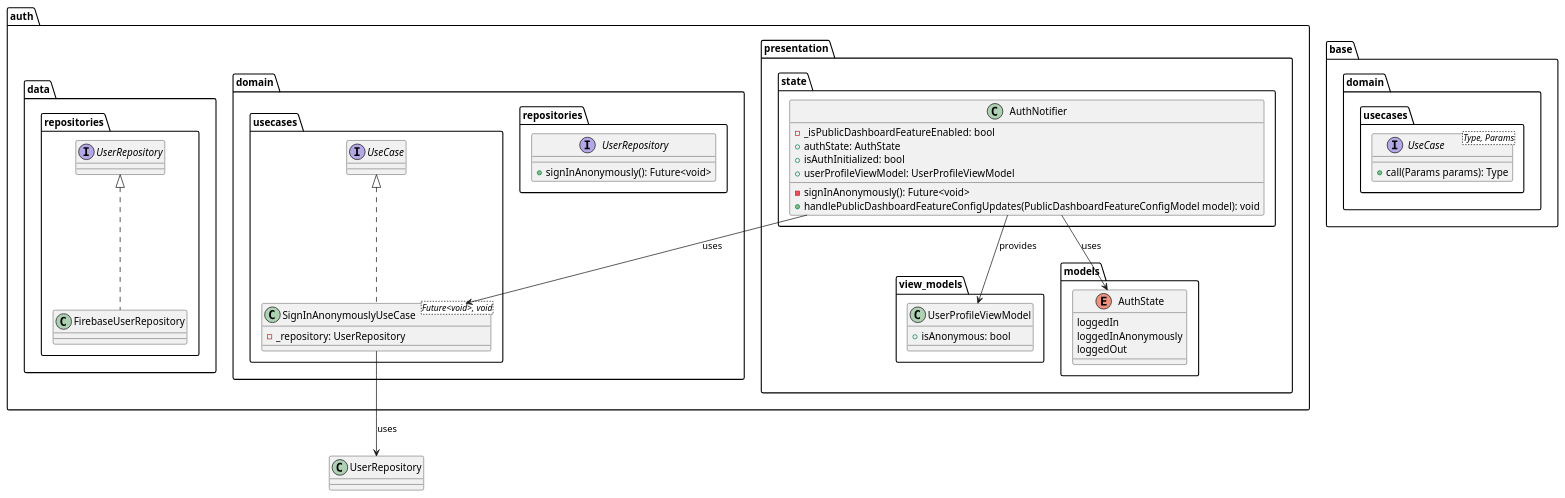
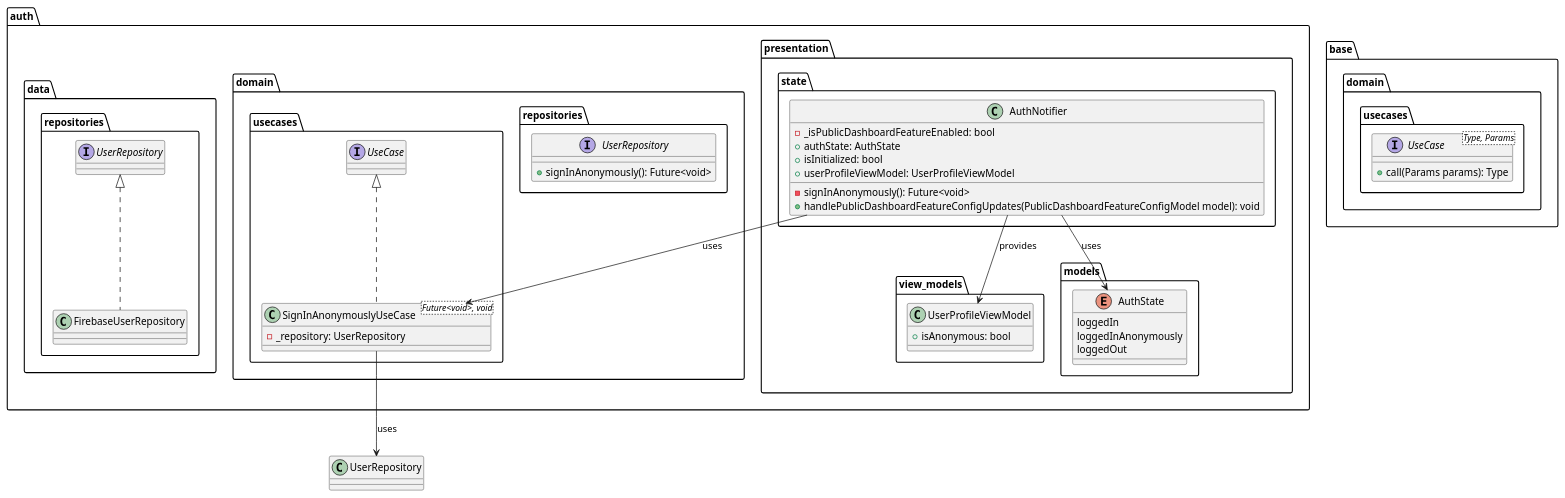
Before and after one commit to Flank/flank-dashboard: the diagram in metrics/web/docs/features/public_dashboard/diagrams/public_dashboard_auth_class_diagram.puml, drawn with PlantUML. The commit also changed 4 other files, not shown here.

```diff
--- a/metrics/web/docs/features/public_dashboard/diagrams/public_dashboard_auth_class_diagram.puml
+++ b/metrics/web/docs/features/public_dashboard/diagrams/public_dashboard_auth_class_diagram.puml
@@ -1,60 +1,60 @@
 @startuml public_dashboard_auth_class_diagram
 
 package base.domain.usecases {
     interface UseCase<Type, Params> {
         + call(Params params): Type
     }
 }
 
 package auth {
     package presentation {
         package view_models {
             class UserProfileViewModel {
                 + isAnonymous: bool
             }
         }
 
         package models {
             enum AuthState {
                  loggedIn
                  loggedInAnonymously
                  loggedOut
             }
         }
 
         package state {
             class AuthNotifier {
                 - _isPublicDashboardFeatureEnabled: bool
                 + authState: AuthState
-                + isAuthInitialized: bool
+                + isInitialized: bool
                 + userProfileViewModel: UserProfileViewModel
                 - signInAnonymously(): Future<void>
                 + handlePublicDashboardFeatureConfigUpdates(PublicDashboardFeatureConfigModel model): void
             }
         }
     }
 
     package domain {
         package repositories {
             interface UserRepository {
                 + signInAnonymously(): Future<void>
             }
         }
 
         package usecases {
             class SignInAnonymouslyUseCase<Future<void>, void> implements UseCase {
                 - _repository: UserRepository
             }
         }
     }
 
     package data.repositories {
         class FirebaseUserRepository implements UserRepository {}
     }
 }
 
 SignInAnonymouslyUseCase --> UserRepository: uses
 AuthNotifier --> SignInAnonymouslyUseCase: uses
 AuthNotifier --> AuthState: uses
 AuthNotifier --> UserProfileViewModel: provides
 @enduml
```
